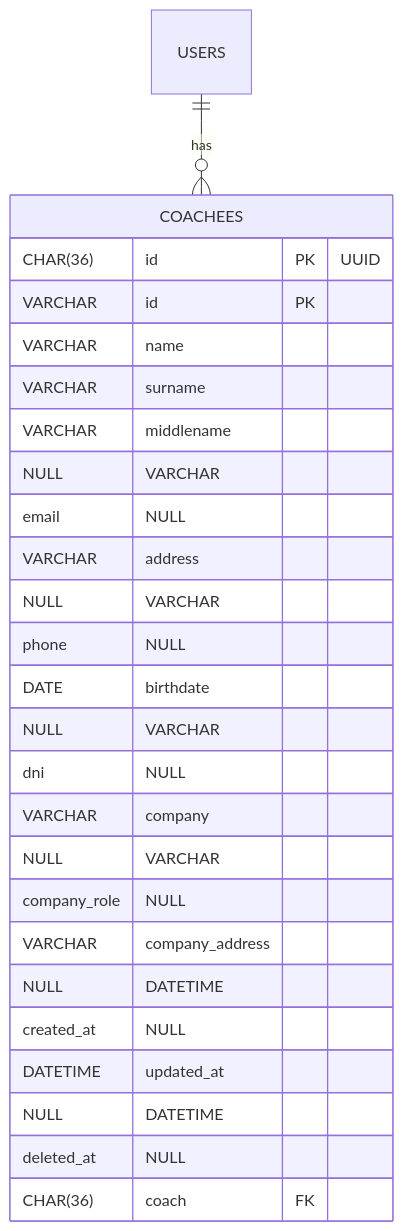
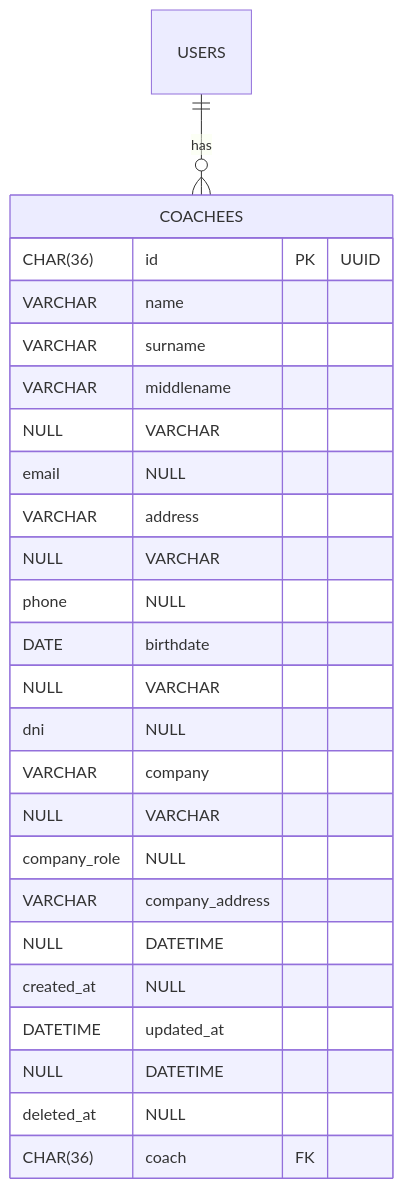
The third of 3 diagrams in README.md (soyjuandelgado/coach-assistant), drawn with Mermaid before and after one commit. The commit also changed other lines of this file, not shown here.

````diff
--- a/README.md
+++ b/README.md
@@ -140,24 +141,23 @@
 ```mermaid
 erDiagram
   COACHEES {
     CHAR(36) id PK "UUID"
-    VARCHAR id PK 
     VARCHAR name 
     VARCHAR surname 
     VARCHAR middlename NULL 
     VARCHAR email NULL 
     VARCHAR address NULL 
     VARCHAR phone NULL 
     DATE birthdate NULL
     VARCHAR dni NULL 
     VARCHAR company NULL 
     VARCHAR company_role NULL 
     VARCHAR company_address NULL 
     DATETIME created_at NULL
     DATETIME updated_at NULL
     DATETIME deleted_at NULL
     CHAR(36) coach FK
   }
 
 USERS ||--o{ COACHEES : has
 ```
````
